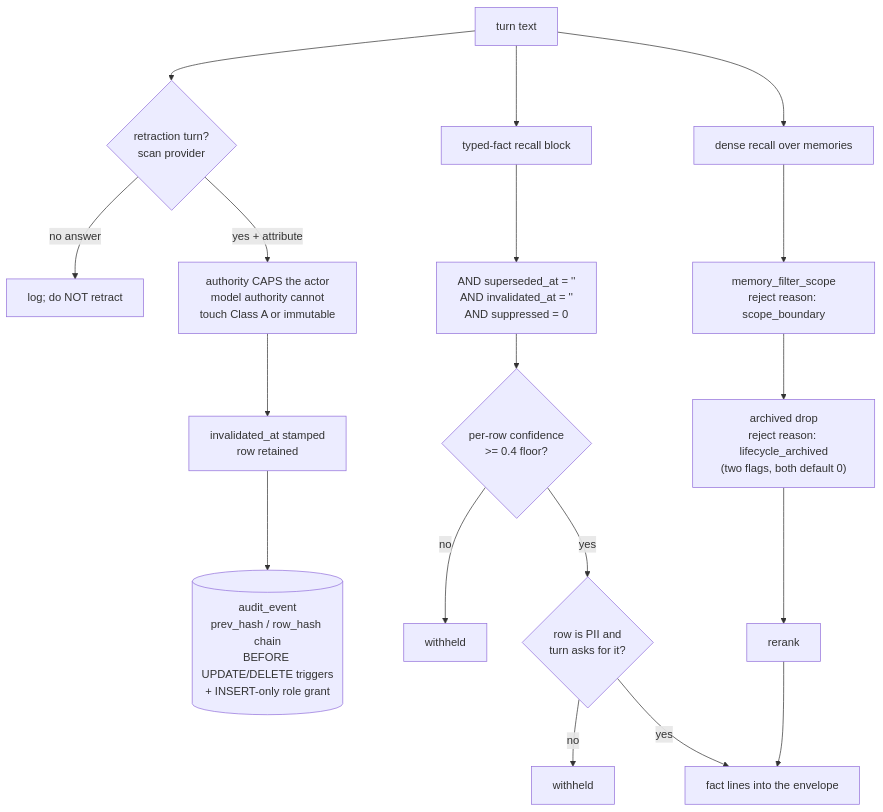
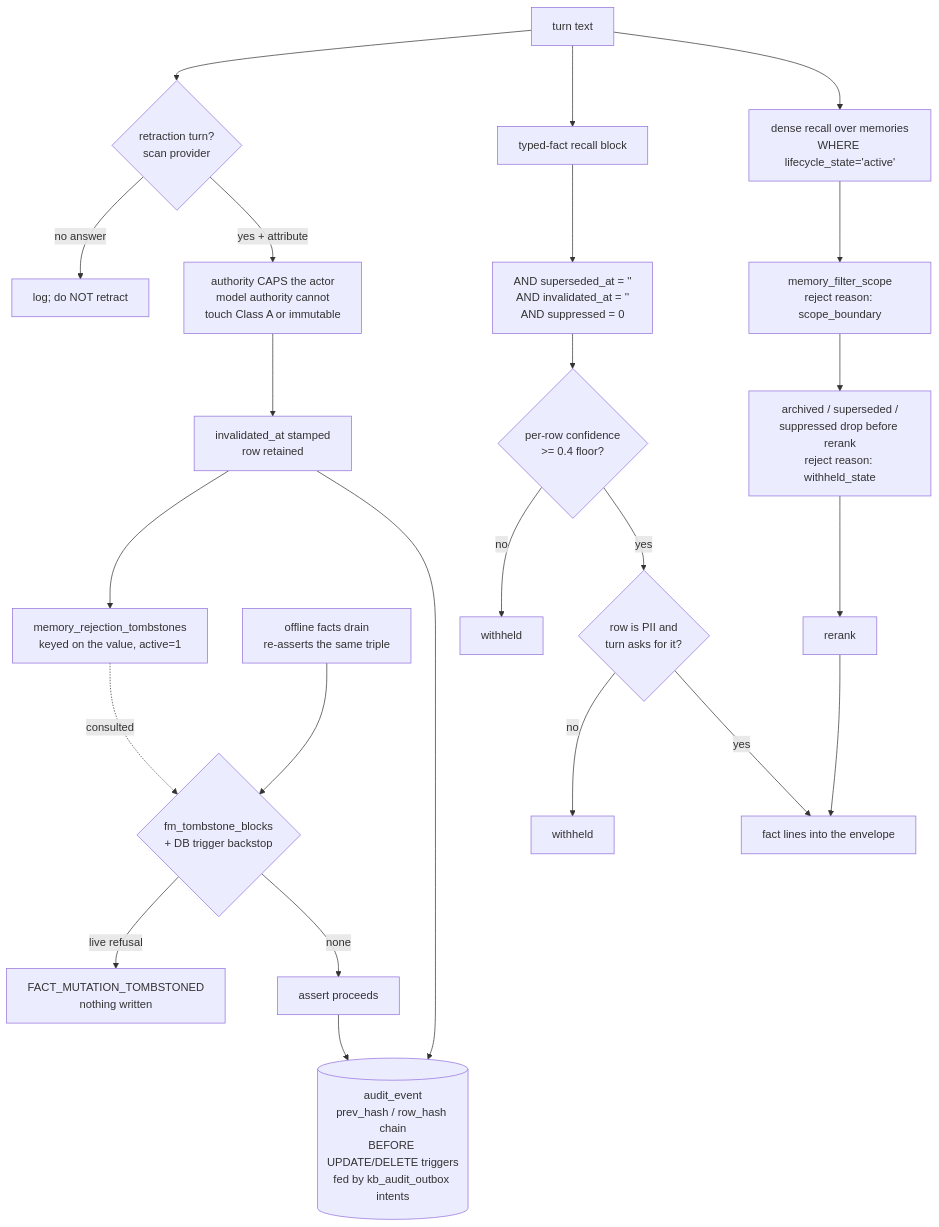
The diagram in content/systems/aimee.md (neoneye/agent-memory-atlas), drawn with Mermaid before and after one commit. The commit also changed other lines of this file and 402 other files, not shown here.

````diff
--- a/content/systems/aimee.md
+++ b/content/systems/aimee.md
@@ -97,25 +109,32 @@
 ```mermaid
 flowchart TD
-%% caption: a turn takes two recall paths that gate differently — the typed-fact block on per-row confidence and PII sensitivity, the episodic path on scope then lifecycle — while retraction and audit run down the write side
+%% caption: a turn takes two recall paths that gate differently — the typed-fact block on per-row confidence and PII sensitivity, the episodic path on scope then lifecycle — while retraction, the value-keyed refusal it can install, and the audit trigger run down the write side
     TURN["turn text"] --> RET{"retraction turn?<br/>scan provider"}
     RET -->|"no answer"| SKIP["log; do NOT retract"]
     RET -->|"yes + attribute"| CAP["authority CAPS the actor<br/>model authority cannot<br/>touch Class A or immutable"]
     CAP --> INV["invalidated_at stamped<br/>row retained"]
+    INV --> TOMB["memory_rejection_tombstones<br/>keyed on the value, active=1"]
     INV --> WORM
+
+    EXTRACT["offline facts drain<br/>re-asserts the same triple"] --> TSCHECK{"fm_tombstone_blocks<br/>+ DB trigger backstop"}
+    TSCHECK -->|"live refusal"| REFUSE["FACT_MUTATION_TOMBSTONED<br/>nothing written"]
+    TSCHECK -->|"none"| ADMIT["assert proceeds"]
+    TOMB -.->|"consulted"| TSCHECK
+    ADMIT --> WORM
 
     TURN --> FR["typed-fact recall block"]
     FR --> EX["AND superseded_at = ''<br/>AND invalidated_at = ''<br/>AND suppressed = 0"]
     EX --> FLOOR{"per-row confidence<br/>>= 0.4 floor?"}
     FLOOR -->|"no"| DROP1["withheld"]
     FLOOR -->|"yes"| PII{"row is PII and<br/>turn asks for it?"}
     PII -->|"no"| DROP2["withheld"]
     PII -->|"yes"| BLOCK["fact lines into the envelope"]
 
-    TURN --> VEC["dense recall over memories"]
+    TURN --> VEC["dense recall over memories<br/>WHERE lifecycle_state='active'"]
     VEC --> SCOPE["memory_filter_scope<br/>reject reason: scope_boundary"]
-    SCOPE --> LIFE["archived drop<br/>reject reason: lifecycle_archived<br/>(two flags, both default 0)"]
+    SCOPE --> LIFE["archived / superseded /<br/>suppressed drop before rerank<br/>reject reason: withheld_state"]
     LIFE --> RERANK["rerank"]
     RERANK --> BLOCK
 
-    WORM[("audit_event<br/>prev_hash / row_hash chain<br/>BEFORE UPDATE/DELETE triggers<br/>+ INSERT-only role grant")]
+    WORM[("audit_event<br/>prev_hash / row_hash chain<br/>BEFORE UPDATE/DELETE triggers<br/>fed by kb_audit_outbox intents")]
 ```
````
